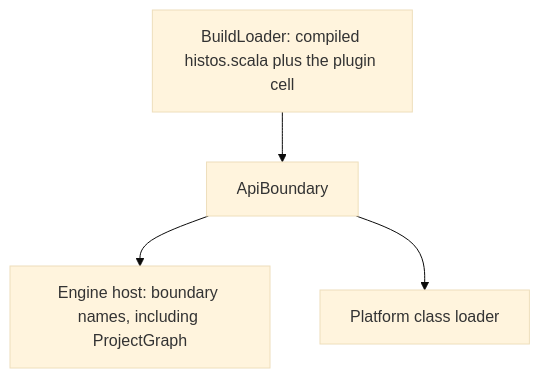
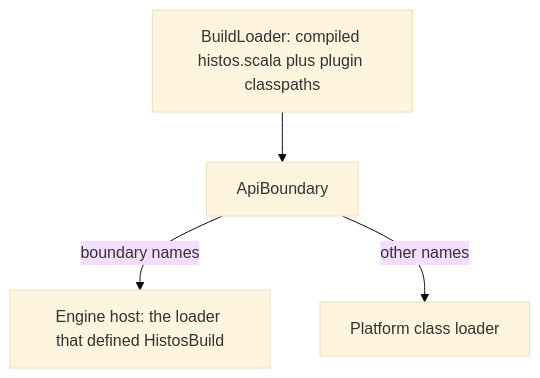
One commit to early-effect/histos changed the diagram in docs/plugins.md. Above: the diagram before and after it, drawn with Mermaid (base theme). The commit also changed other lines of this file and 6 other files, not shown here.

````diff
--- a/docs/plugins.md
+++ b/docs/plugins.md
@@ -437,10 +492,10 @@
 ```mermaid
 flowchart TD
-  build[BuildLoader: compiled histos.scala plus the plugin cell]
+  build[BuildLoader: compiled histos.scala plus plugin classpaths]
   boundary[ApiBoundary]
-  host[Engine host: boundary names, including ProjectGraph]
+  host[Engine host: the loader that defined HistosBuild]
   platform[Platform class loader]
   build --> boundary
-  boundary --> host
-  boundary --> platform
+  boundary -->|boundary names| host
+  boundary -->|other names| platform
 ```
````
